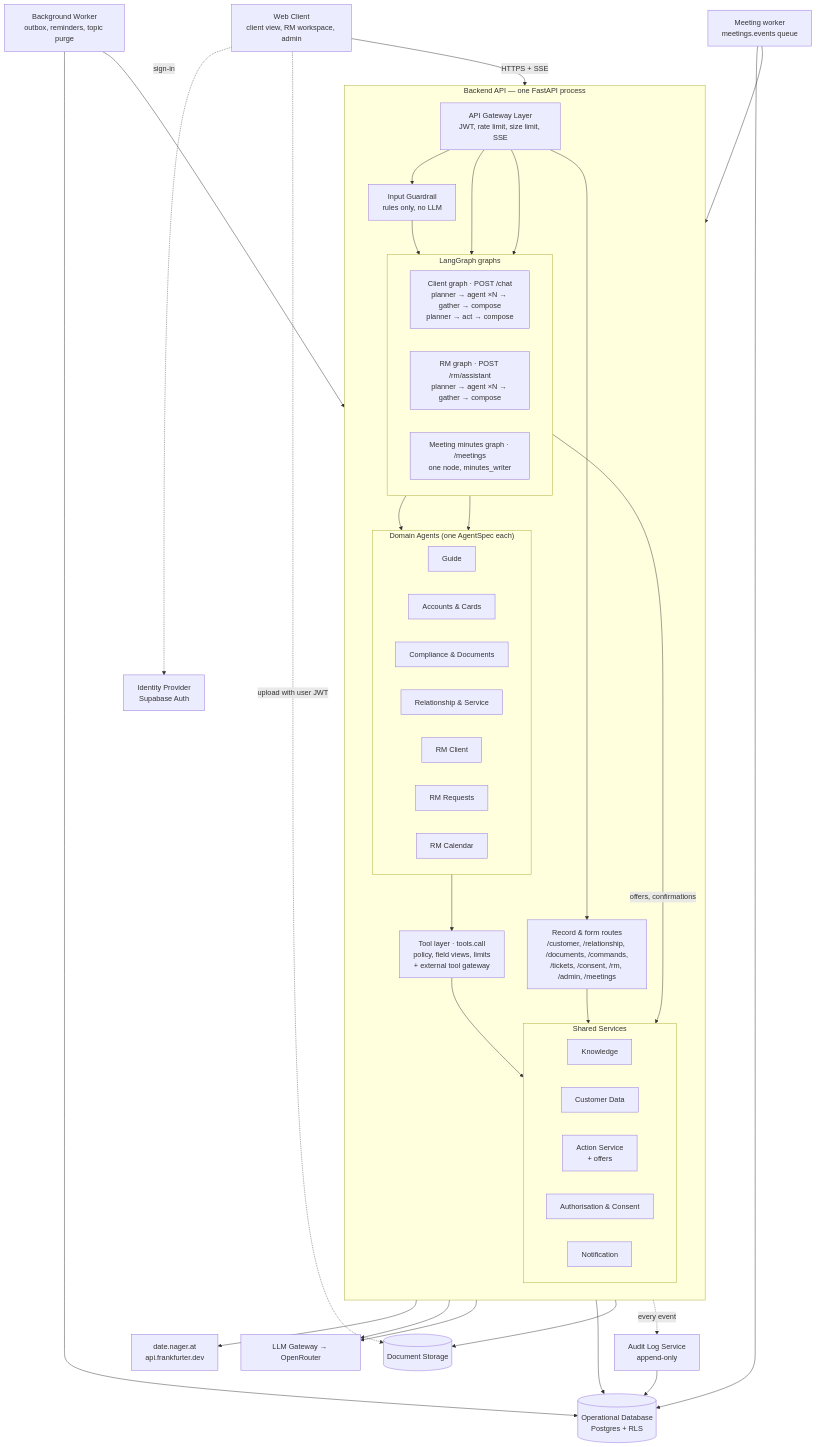
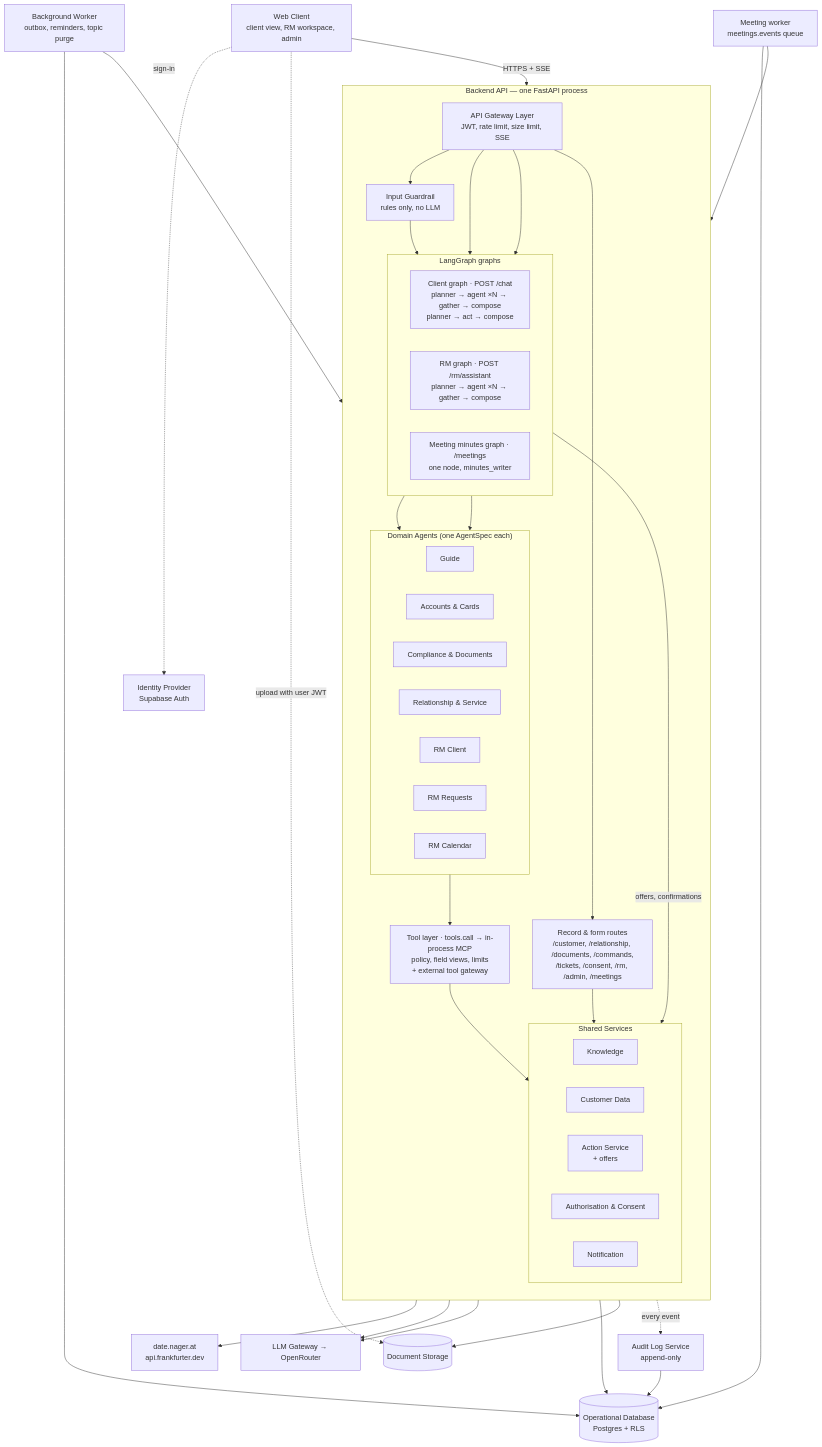
Before and after one commit to deniseLie/IS4000_Group7: the first of 4 diagrams in docs/architecture.md, drawn with Mermaid. The commit also changed other lines of this file and 4 other files, not shown here.

First line of the commit message:
Docs: every read is an MCP tool call; TOOL_TRANSPORT removed

````diff
--- a/docs/architecture.md
+++ b/docs/architecture.md
@@ -60,67 +60,67 @@
 ```mermaid
 flowchart TB
   WEB["Web Client<br/>client view, RM workspace, admin"]
   IDP["Identity Provider<br/>Supabase Auth"]
   WORKER["Background Worker<br/>outbox, reminders, topic purge"]
   MWORKER["Meeting worker<br/>meetings.events queue"]
 
   subgraph API["Backend API — one FastAPI process"]
     direction TB
     GW["API Gateway Layer<br/>JWT, rate limit, size limit, SSE"]
     IG["Input Guardrail<br/>rules only, no LLM"]
     subgraph GRAPHS["LangGraph graphs"]
       direction LR
       CG["Client graph · POST /chat<br/>planner → agent ×N → gather → compose<br/>planner → act → compose"]
       RG["RM graph · POST /rm/assistant<br/>planner → agent ×N → gather → compose"]
       MG["Meeting minutes graph · /meetings<br/>one node, minutes_writer"]
     end
     subgraph AGENTS["Domain Agents (one AgentSpec each)"]
       direction LR
       A1["Guide"]
       A2["Accounts & Cards"]
       A3["Compliance & Documents"]
       A4["Relationship & Service"]
       R1["RM Client"]
       R2["RM Requests"]
       R3["RM Calendar"]
     end
-    TOOLS["Tool layer · tools.call<br/>policy, field views, limits<br/>+ external tool gateway"]
+    TOOLS["Tool layer · tools.call → in-process MCP<br/>policy, field views, limits<br/>+ external tool gateway"]
     subgraph SVC["Shared Services"]
       direction LR
       S1["Knowledge"]
       S2["Customer Data"]
       S3["Action Service<br/>+ offers"]
       S4["Authorisation & Consent"]
       S5["Notification"]
     end
     REST["Record & form routes<br/>/customer, /relationship, /documents, /commands,<br/>/tickets, /consent, /rm, /admin, /meetings"]
   end
 
   LLM["LLM Gateway → OpenRouter"]
   EXT["date.nager.at<br/>api.frankfurter.dev"]
   AUDIT["Audit Log Service<br/>append-only"]
   DB[("Operational Database<br/>Postgres + RLS")]
   STORE[("Document Storage")]
 
   WEB -->|HTTPS + SSE| GW
   WEB -.->|sign-in| IDP
   WEB -.->|upload with user JWT| STORE
   GW --> IG --> CG
   GW --> RG
   GW --> MG
   CG --> AGENTS
   RG --> AGENTS
   AGENTS --> TOOLS --> SVC
   TOOLS --> EXT
   CG -->|offers, confirmations| S3
   GRAPHS --> LLM
   AGENTS --> LLM
   GW --> REST --> SVC
   SVC --> DB
   SVC --> STORE
   WORKER --> DB
   WORKER --> S5
   MWORKER --> MG
   MWORKER --> DB
   API -.->|every event| AUDIT --> DB
 ```
````
